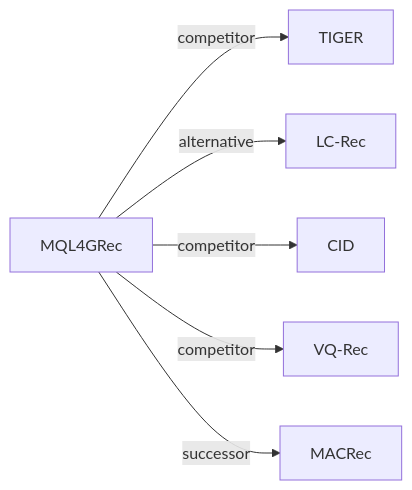
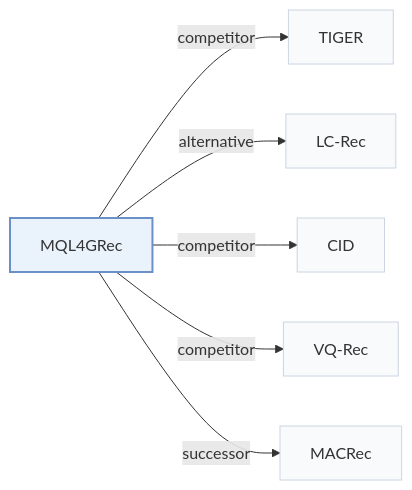
One commit to Galaxy-ghost/Awesome-SID-Generative-Rec changed the third of 3 diagrams in pages/papers/mql4grec.md. Above: the diagram before and after it, drawn with Mermaid. The commit also changed other lines of this file and 649 other files, not shown here.

Commit message:
writer-05: also tags and modality index (schema, check, build, visuals); summary field removed; calibration data for 12 papers

````diff
--- a/pages/papers/mql4grec.md
+++ b/pages/papers/mql4grec.md
@@ -128,9 +137,13 @@
 ```mermaid
 flowchart LR
     P["MQL4GRec"]
-    P -->|competitor| A["TIGER"]
-    P -->|alternative| B["LC-Rec"]
-    P -->|competitor| C["CID"]
-    P -->|competitor| D["VQ-Rec"]
-    P -->|successor| E["MACRec"]
+    P -->|"competitor"| A["TIGER"]
+    P -->|"alternative"| B["LC-Rec"]
+    P -->|"competitor"| C["CID"]
+    P -->|"competitor"| D["VQ-Rec"]
+    P -->|"successor"| E["MACRec"]
+    classDef main fill:#eaf2fb,stroke:#6b8fc7,stroke-width:2px
+    classDef peer fill:#f8fafc,stroke:#cbd5e1
+    class P main
+    class A,B,C,D,E peer
 ```
````
